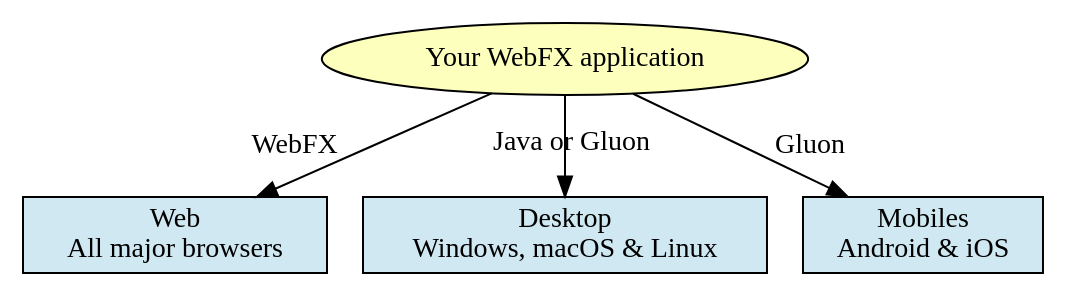
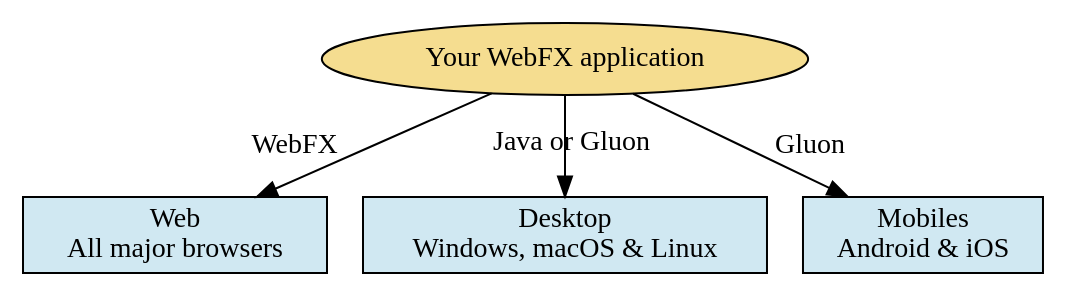
Before and after one commit to webfx-project/webfx-docs: the second of 5 diagrams in src/main/asciidoc/webfx-docs.adoc, drawn with Graphviz. The commit also changed other lines of this file, not shown here.

```diff
--- a/src/main/asciidoc/webfx-docs.adoc
+++ b/src/main/asciidoc/webfx-docs.adoc
@@ -90,11 +90,11 @@
 [graphviz, webfx-cross-platform, format=svg]
 ----
 digraph {
     node [ shape=rectangle, fillcolor="#D0E8F2", style="filled"];
-WebFX [label="Your WebFX application", fillcolor="#FDFFBC", shape=ellipse]
+WebFX [label="Your WebFX application", fillcolor="#f5dd90", shape=ellipse]
 Web [label="Web\nAll major browsers"]
     WebFX -> Web [headlabel="WebFX" labeldistance=3.2 labelangle=30];
     WebFX -> "Desktop\nWindows, macOS & Linux" [headlabel="Java or Gluon" labeldistance=2.7 labelangle=-7];
     WebFX -> "Mobiles\nAndroid & iOS" [label="Gluon"];
 }
 ----
```
